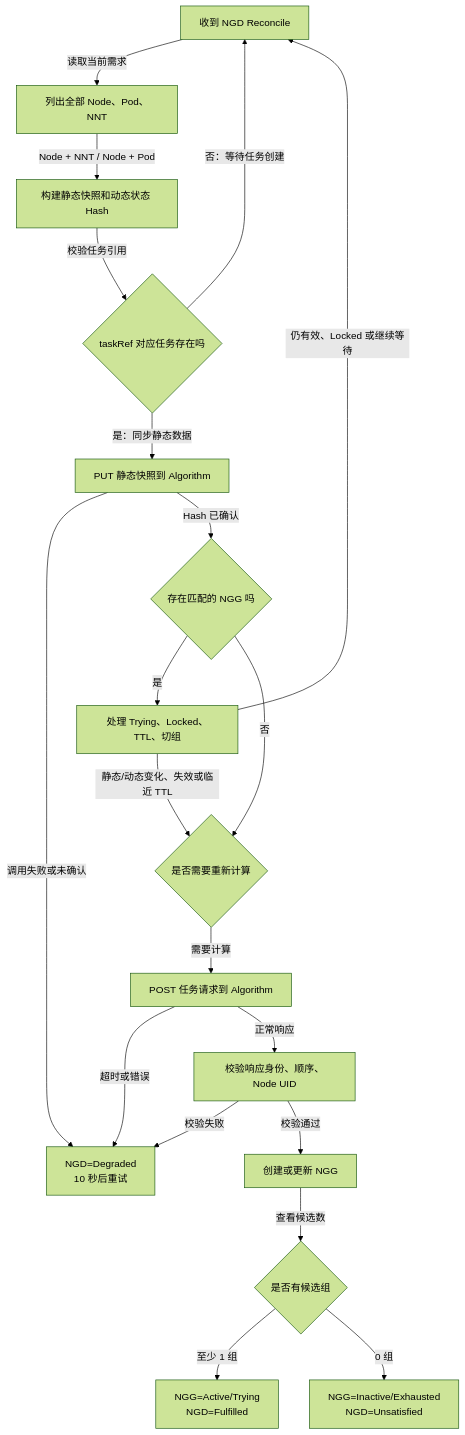
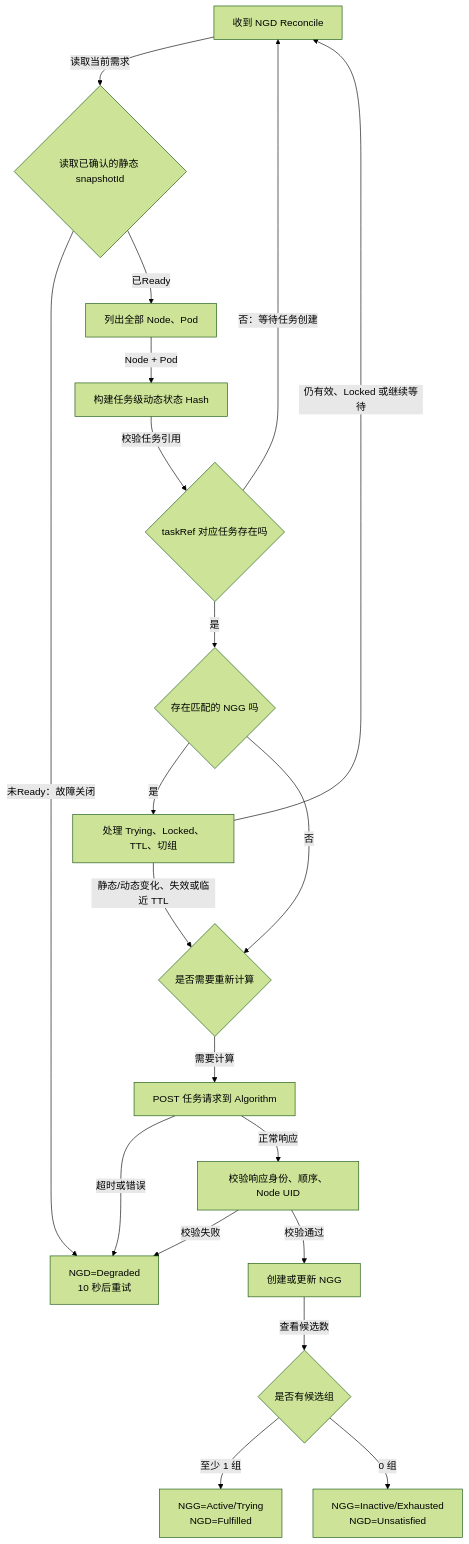
The third of 5 diagrams in docs/代码实现详细流程说明.md (ghwdsl-38/ngd-ngg-scheduling), drawn with Mermaid (forest theme) before and after one commit. The commit also changed other lines of this file and 29 other files, not shown here.

````diff
--- a/docs/代码实现详细流程说明.md
+++ b/docs/代码实现详细流程说明.md
@@ -342,38 +347,38 @@
 ```mermaid
 flowchart TB
     START[收到 NGD Reconcile]
-    LIST[列出全部 Node、Pod、NNT]
-    HASH[构建静态快照和动态状态 Hash]
+    STATIC{读取已确认的静态 snapshotId}
+    LIST[列出全部 Node、Pod]
+    HASH[构建任务级动态状态 Hash]
     TASK{taskRef 对应任务存在吗}
-    PUT[PUT 静态快照到 Algorithm]
     OLD{存在匹配的 NGG 吗}
     HANDLE[处理 Trying、Locked、TTL、切组]
     NEED{是否需要重新计算}
     POST[POST 任务请求到 Algorithm]
     VALIDATE[校验响应身份、顺序、Node UID]
     UPSERT[创建或更新 NGG]
     GROUP{是否有候选组}
     ACTIVE[NGG=Active/Trying<br/>NGD=Fulfilled]
     EMPTY[NGG=Inactive/Exhausted<br/>NGD=Unsatisfied]
     RETRY[NGD=Degraded<br/>10 秒后重试]
 
-    START -->|读取当前需求| LIST
-    LIST -->|Node + NNT / Node + Pod| HASH
+    START -->|读取当前需求| STATIC
+    STATIC -->|未Ready：故障关闭| RETRY
+    STATIC -->|已Ready| LIST
+    LIST -->|Node + Pod| HASH
     HASH -->|校验任务引用| TASK
     TASK -->|否：等待任务创建| START
-    TASK -->|是：同步静态数据| PUT
-    PUT -->|调用失败或未确认| RETRY
-    PUT -->|Hash 已确认| OLD
+    TASK -->|是| OLD
     OLD -->|是| HANDLE
     HANDLE -->|仍有效、Locked 或继续等待| START
     HANDLE -->|静态/动态变化、失效或临近 TTL| NEED
     OLD -->|否| NEED
     NEED -->|需要计算| POST
     POST -->|超时或错误| RETRY
     POST -->|正常响应| VALIDATE
     VALIDATE -->|校验失败| RETRY
     VALIDATE -->|校验通过| UPSERT
     UPSERT -->|查看候选数| GROUP
     GROUP -->|至少 1 组| ACTIVE
     GROUP -->|0 组| EMPTY
 ```
````
